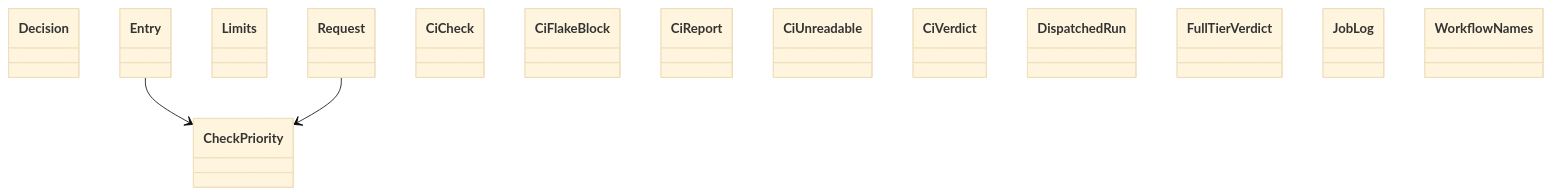
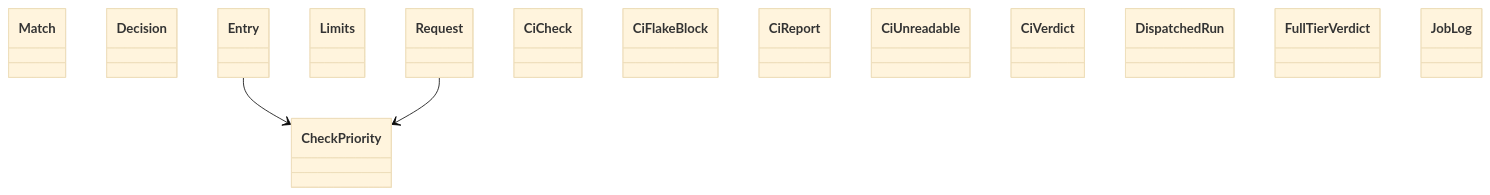
The diagram in docs/architecture/generated/classes-process-domain-checks-1.md (GonzaloZevallos/agentic-system), drawn with Mermaid (base theme) before and after one commit. The commit also changed 6 other files, not shown here.

````diff
--- a/docs/architecture/generated/classes-process-domain-checks-1.md
+++ b/docs/architecture/generated/classes-process-domain-checks-1.md
@@ -23,19 +23,19 @@
 ```mermaid
 classDiagram
+    class check_runs__Match["Match"]
     class check_schedule__CheckPriority["CheckPriority"]
     class check_schedule__Decision["Decision"]
     class check_schedule__Entry["Entry"]
     class check_schedule__Limits["Limits"]
     class check_schedule__Request["Request"]
     class ci__CiCheck["CiCheck"]
     class ci__CiFlakeBlock["CiFlakeBlock"]
     class ci__CiReport["CiReport"]
     class ci__CiUnreadable["CiUnreadable"]
     class ci__CiVerdict["CiVerdict"]
     class ci__DispatchedRun["DispatchedRun"]
     class ci__FullTierVerdict["FullTierVerdict"]
     class ci__JobLog["JobLog"]
-    class ci_workflow__WorkflowNames["WorkflowNames"]
     check_schedule__Entry --> check_schedule__CheckPriority
     check_schedule__Request --> check_schedule__CheckPriority
 ```
````
